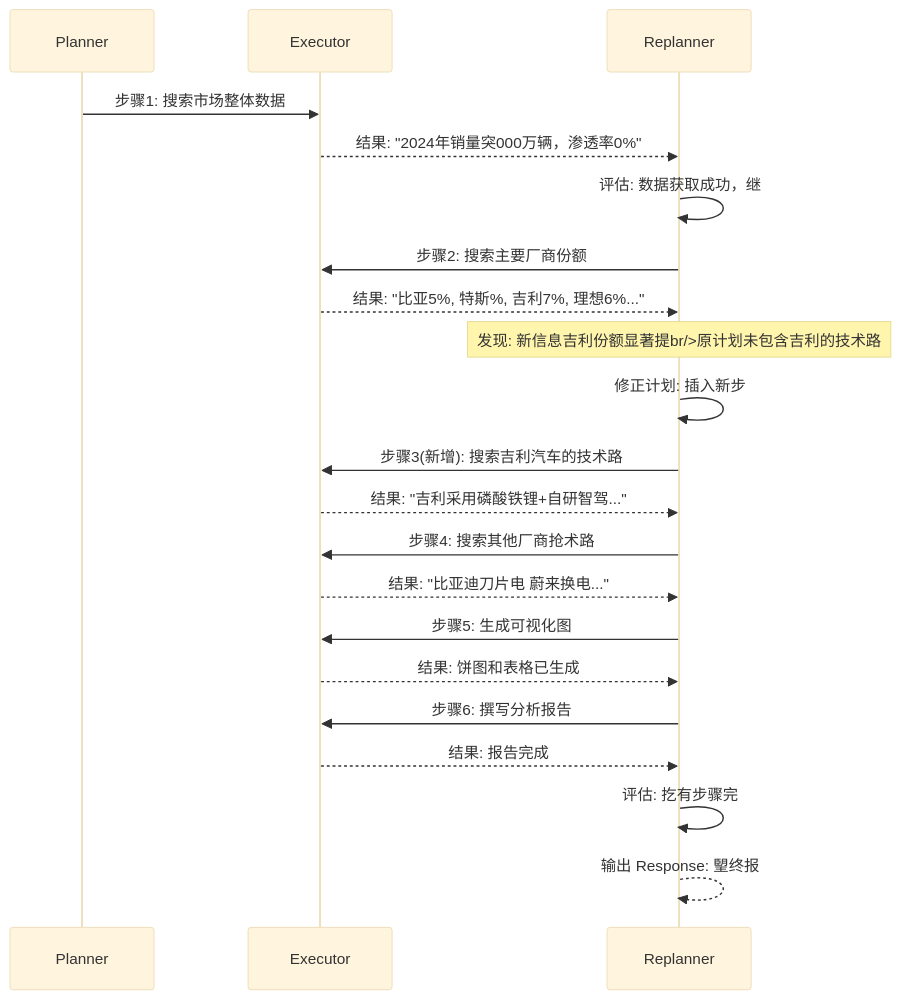
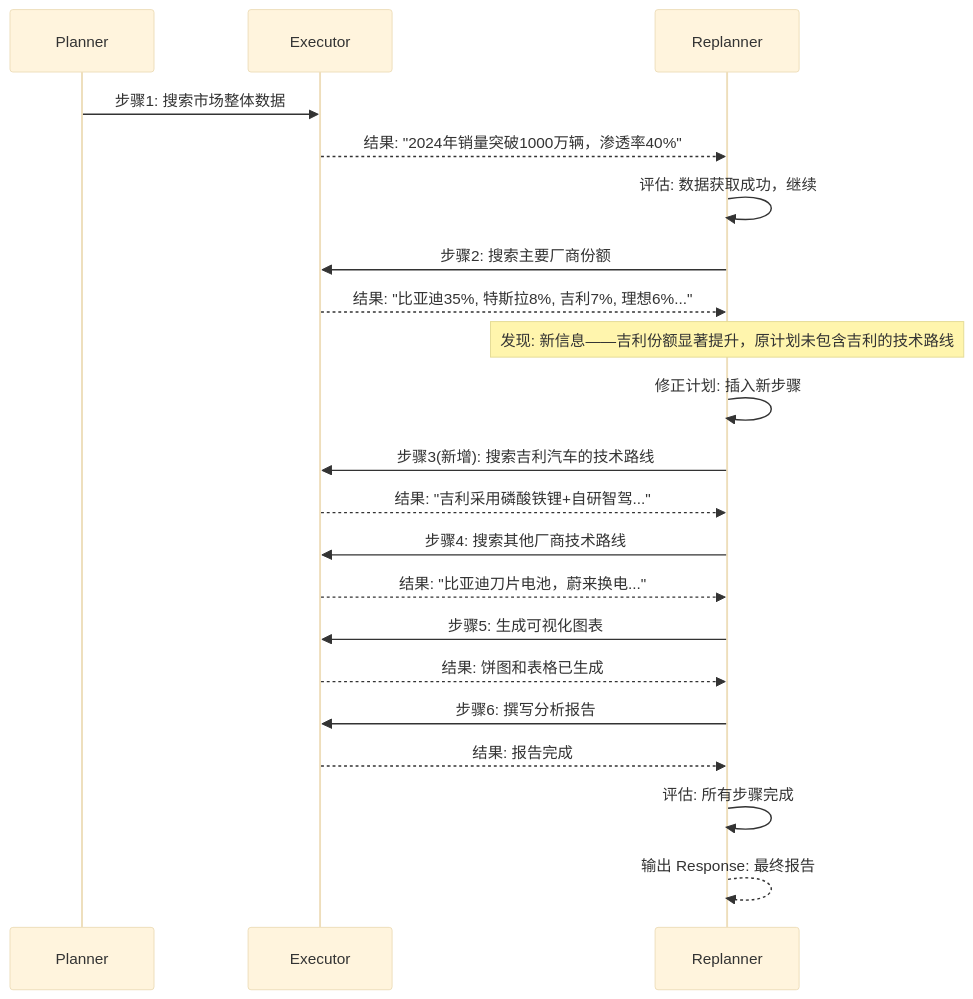
Diagram 11 of 13 in 02-开发框架与平台/LangGraph/05-计划执行模式.md (shuh-ai/agent-dev-guide), drawn with Mermaid (base theme) before and after one commit. The commit also changed other lines of this file and 9 other files, not shown here.

Commit message:
fix：细化核心图表及相关描述，提升逻辑清晰度

````diff
--- a/02-开发框架与平台/LangGraph/05-计划执行模式.md
+++ b/02-开发框架与平台/LangGraph/05-计划执行模式.md
@@ -647,32 +658,32 @@
 ```mermaid
 sequenceDiagram
     participant P as Planner
     participant E as Executor
     participant R as Replanner
 
     P->>E: 步骤1: 搜索市场整体数据
-    E-->>R: 结果: "2024年销量突000万辆，渗透率0%"
+    E-->>R: 结果: "2024年销量突破1000万辆，渗透率40%"
 
-    R->>R: 评估: 数据获取成功，继
+    R->>R: 评估: 数据获取成功，继续
     R->>E: 步骤2: 搜索主要厂商份额
 
-    E-->>R: 结果: "比亚5%, 特斯%, 吉利7%, 理想6%..."
-    Note over R: 发现: 新信息吉利份额显著提br/>原计划未包含吉利的技术路
+    E-->>R: 结果: "比亚迪35%, 特斯拉8%, 吉利7%, 理想6%..."
+    Note over R: 发现: 新信息——吉利份额显著提升，原计划未包含吉利的技术路线
 
-    R->>R: 修正计划: 插入新步
-    R->>E: 步骤3(新增): 搜索吉利汽车的技术路
+    R->>R: 修正计划: 插入新步骤
+    R->>E: 步骤3(新增): 搜索吉利汽车的技术路线
 
     E-->>R: 结果: "吉利采用磷酸铁锂+自研智驾..."
 
-    R->>E: 步骤4: 搜索其他厂商抢术路
-    E-->>R: 结果: "比亚迪刀片电 蔚来换电..."
+    R->>E: 步骤4: 搜索其他厂商技术路线
+    E-->>R: 结果: "比亚迪刀片电池，蔚来换电..."
 
-    R->>E: 步骤5: 生成可视化图
+    R->>E: 步骤5: 生成可视化图表
     E-->>R: 结果: 饼图和表格已生成
 
     R->>E: 步骤6: 撰写分析报告
     E-->>R: 结果: 报告完成
 
-    R->>R: 评估: 扢有步骤完
-    R-->>R: 输出 Response: 朢终报
+    R->>R: 评估: 所有步骤完成
+    R-->>R: 输出 Response: 最终报告
 ```
````
